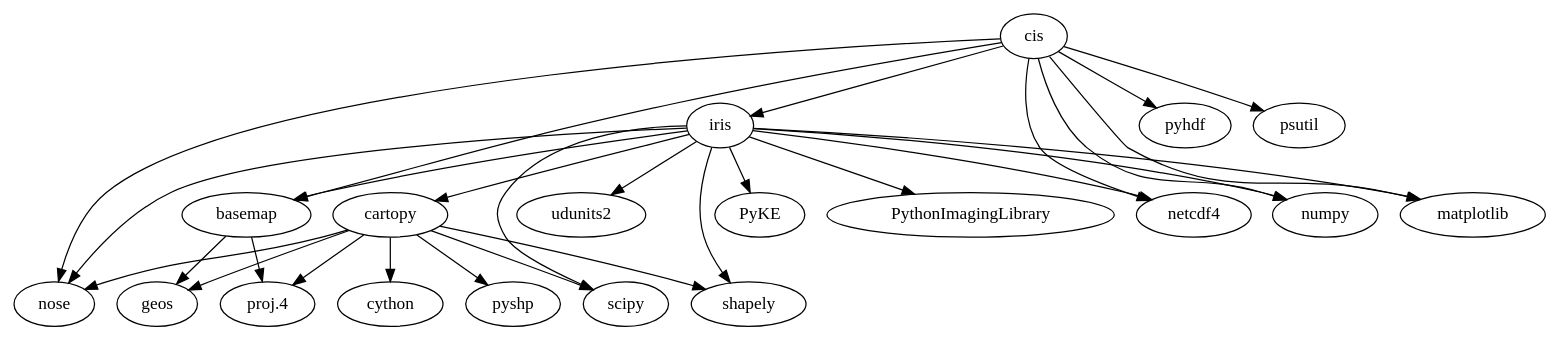
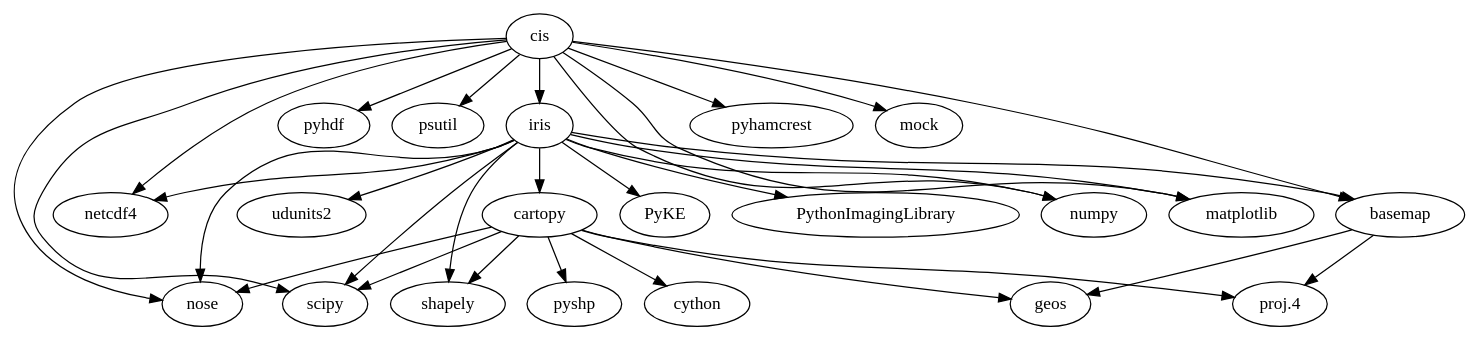
Before and after one commit to cedadev/cis: the diagram in doc/cis_dependency.dot, drawn with Graphviz.

Commit message:
Fix for https://jira.ceh.ac.uk/browse/JASCIS-239

```diff
--- a/doc/cis_dependency.dot
+++ b/doc/cis_dependency.dot
@@ -1,34 +1,37 @@
 digraph cis {
     cis -> iris;
     cis -> nose;
     cis -> netcdf4;
 	cis -> pyhdf;
 	cis -> psutil;
 	cis -> numpy;
 	cis -> matplotlib;
 	cis -> basemap;
+	cis -> pyhamcrest;
+	cis -> mock;
+	cis -> scipy;
 
     iris -> netcdf4;
     iris -> nose;
     iris -> numpy;
     iris -> scipy;
     iris -> udunits2;
     iris -> PyKE;
     iris -> matplotlib;
     iris -> cartopy;
     iris -> PythonImagingLibrary;
     iris -> basemap;
     iris -> shapely;
 
     basemap -> "proj.4";
     basemap -> geos;
 
     cartopy -> cython;
     cartopy -> "proj.4";
     cartopy -> geos;
     cartopy -> shapely;
     cartopy -> pyshp;
     cartopy -> nose;
     cartopy -> scipy;
 
 }
```
